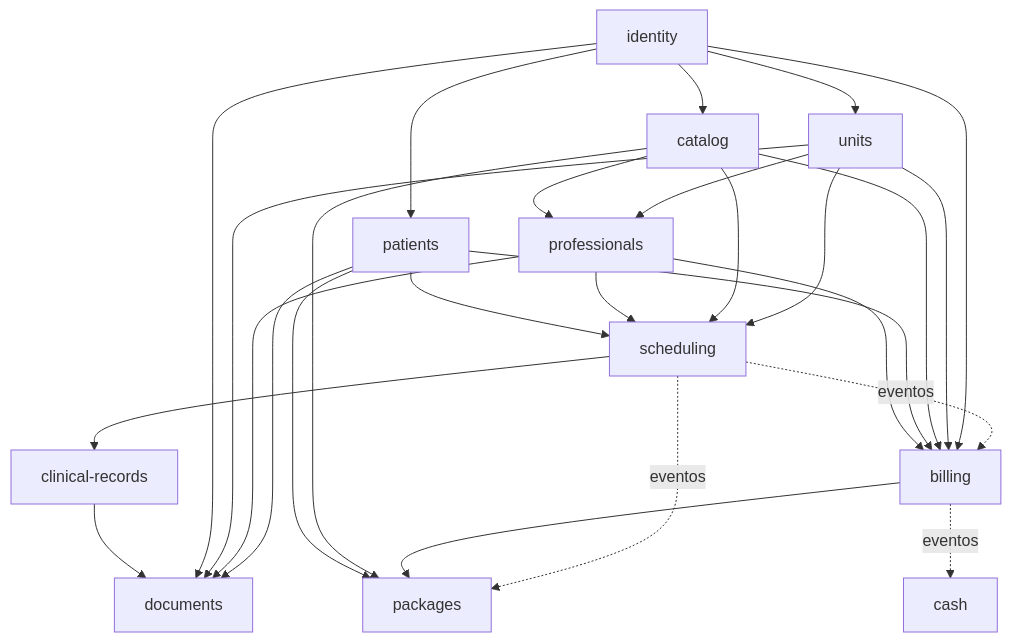
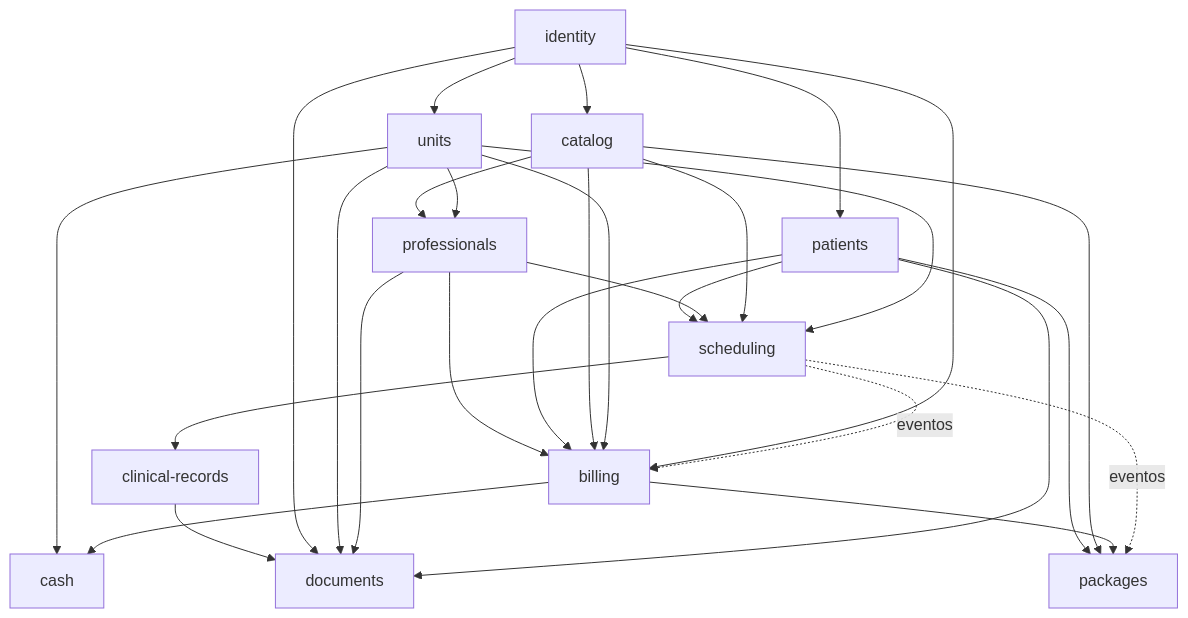
Before and after one commit to dennysvf/GCli: the second of 2 diagrams in docs/architecture.pt-BR.md, drawn with Mermaid. The commit also changed other lines of this file and 90 other files, not shown here.

````diff
--- a/docs/architecture.pt-BR.md
+++ b/docs/architecture.pt-BR.md
@@ -74,29 +74,30 @@
 ```mermaid
 graph TD
   identity --> units
   identity --> catalog
   identity --> patients
   units --> professionals
   catalog --> professionals
   units --> scheduling
   catalog --> scheduling
   professionals --> scheduling
   patients --> scheduling
   scheduling --> clinical-records
   scheduling -. eventos .-> billing
   scheduling -. eventos .-> packages
   billing --> packages
   catalog --> packages
   patients --> packages
-  billing -. eventos .-> cash
+  billing --> cash
+  units --> cash
   patients --> documents
   professionals --> documents
   units --> documents
   identity --> documents
   clinical-records --> documents
   identity --> billing
   units --> billing
   catalog --> billing
   patients --> billing
   professionals --> billing
 ```
````
